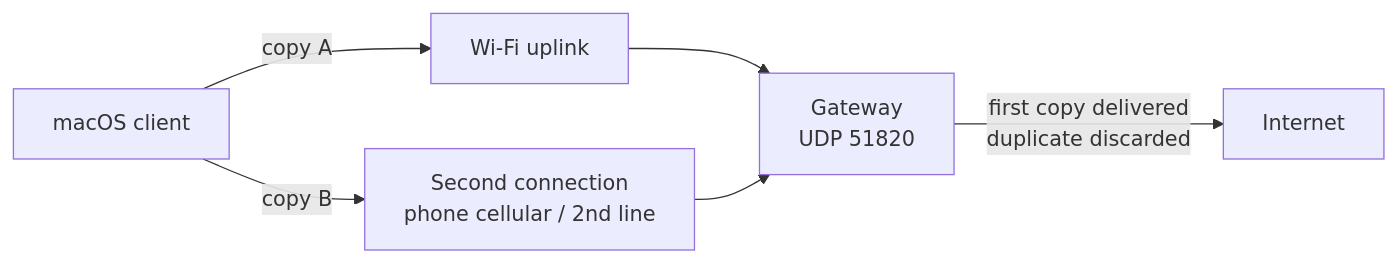
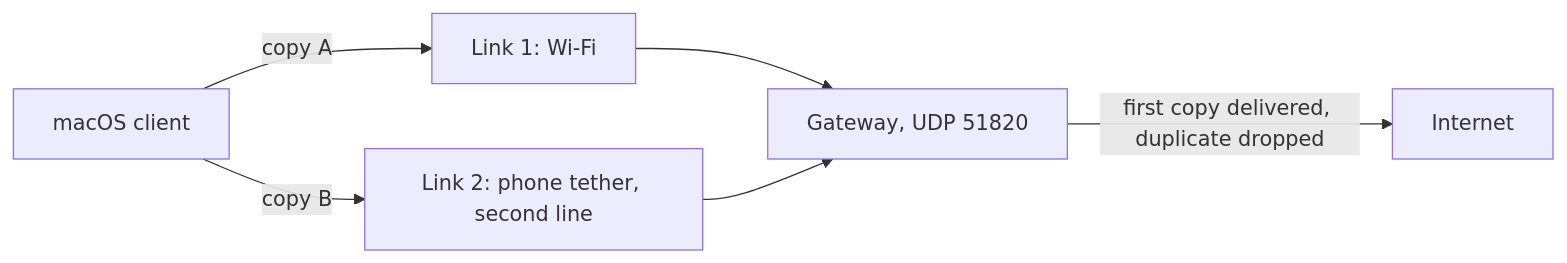
One commit to joanmarcriera/Gemina changed the diagram in README.md. Above: the diagram before and after it, drawn with Mermaid. The commit also changed other lines of this file, not shown here.

First line of the commit message:
docs(readme): rewrite for first public release with an AI-assistant prompt

````diff
--- a/README.md
+++ b/README.md
@@ -62,9 +38,9 @@
 ```mermaid
 flowchart LR
     Mac[macOS client]
-    Mac -->|copy A| WiFi[Wi-Fi uplink]
-    Mac -->|copy B| Phone[Second connection<br/>phone cellular / 2nd line]
-    WiFi --> GW[Gateway<br/>UDP 51820]
+    Mac -->|copy A| WiFi[Link 1: Wi-Fi]
+    Mac -->|copy B| Phone[Link 2: phone tether, second line]
+    WiFi --> GW[Gateway, UDP 51820]
     Phone --> GW
-    GW -->|first copy delivered<br/>duplicate discarded| Net[Internet]
+    GW -->|first copy delivered, duplicate dropped| Net[Internet]
 ```
````
